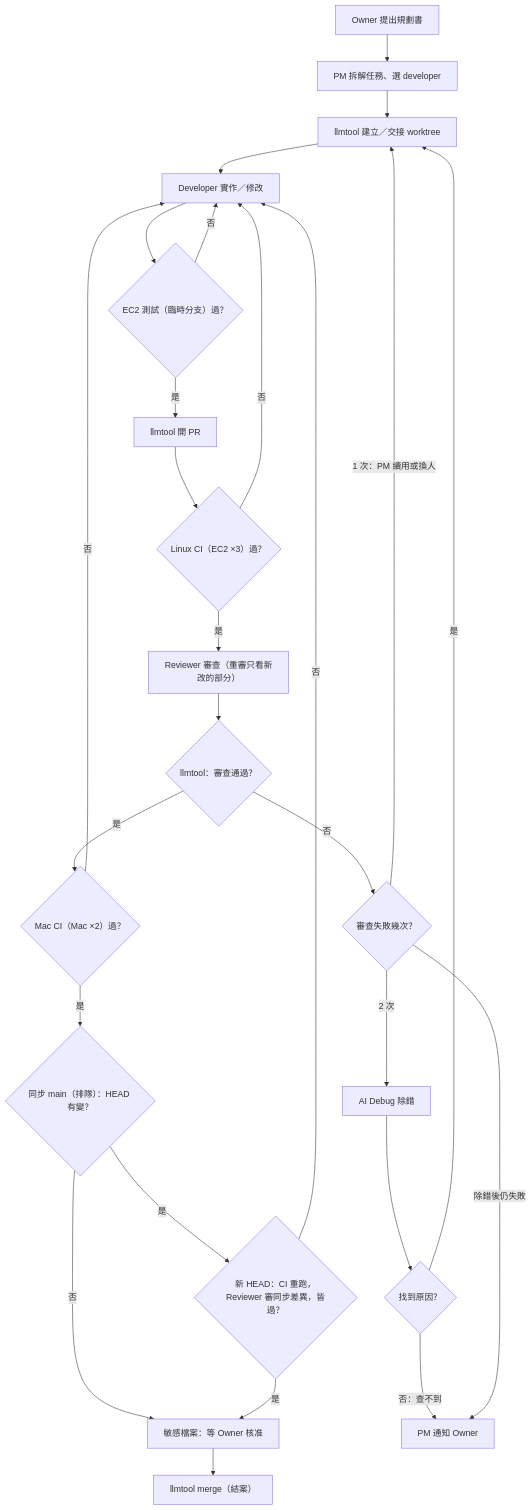
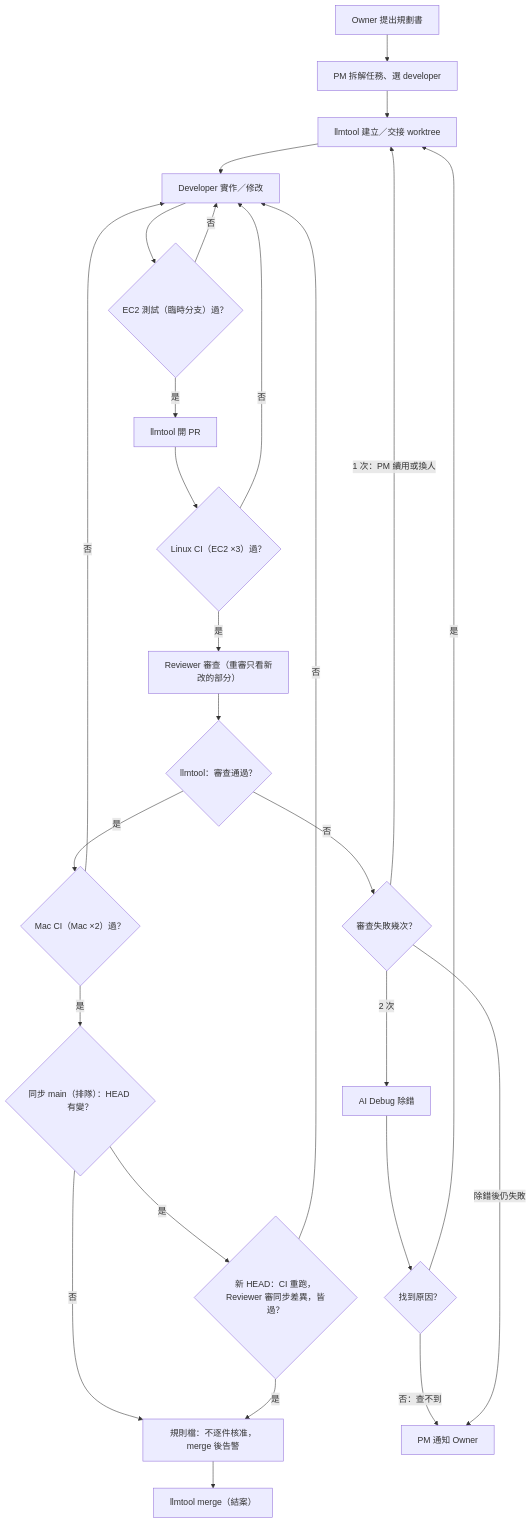
The third of 3 diagrams in docs/reports/llmtool-hub-architecture-final-20261106.md (davidcatcat/davidcattoolsproject), drawn with Mermaid before and after one commit. The commit also changed other lines of this file, not shown here.

Commit message:
docs(llmtool): hub report follows the #1019 Owner decisions

````diff
--- a/docs/reports/llmtool-hub-architecture-final-20261106.md
+++ b/docs/reports/llmtool-hub-architecture-final-20261106.md
@@ -112,28 +114,28 @@
 ```mermaid
 flowchart TD
     A["Owner 提出規劃書"] --> B["PM 拆解任務、選 developer"]
     B --> C["llmtool 建立／交接 worktree"]
     C --> D["Developer 實作／修改"]
     D --> E{"EC2 測試（臨時分支）過？"}
     E -- 否 --> D
     E -- 是 --> F["llmtool 開 PR"]
     F --> G{"Linux CI（EC2 ×3）過？"}
     G -- 否 --> D
     G -- 是 --> H["Reviewer 審查（重審只看新改的部分）"]
     H --> I{"llmtool：審查通過？"}
     I -- 是 --> J{"Mac CI（Mac ×2）過？"}
     J -- 否 --> D
     J -- 是 --> K{"同步 main（排隊）：HEAD 有變？"}
-    K -- 否 --> S["敏感檔案：等 Owner 核准"]
+    K -- 否 --> S["規則檔：不逐件核准，merge 後告警"]
     K -- 是 --> R{"新 HEAD：CI 重跑，Reviewer 審同步差異，皆過？"}
     R -- 否 --> D
     R -- 是 --> S
     S --> M["llmtool merge（結案）"]
     I -- 否 --> N{"審查失敗幾次？"}
     N -- "1 次：PM 續用或換人" --> C
     N -- 2 次 --> O["AI Debug 除錯"]
     O --> P{"找到原因？"}
     P -- 是 --> C
     P -- 否：查不到 --> Q["PM 通知 Owner"]
     N -- 除錯後仍失敗 --> Q
 ```
````
